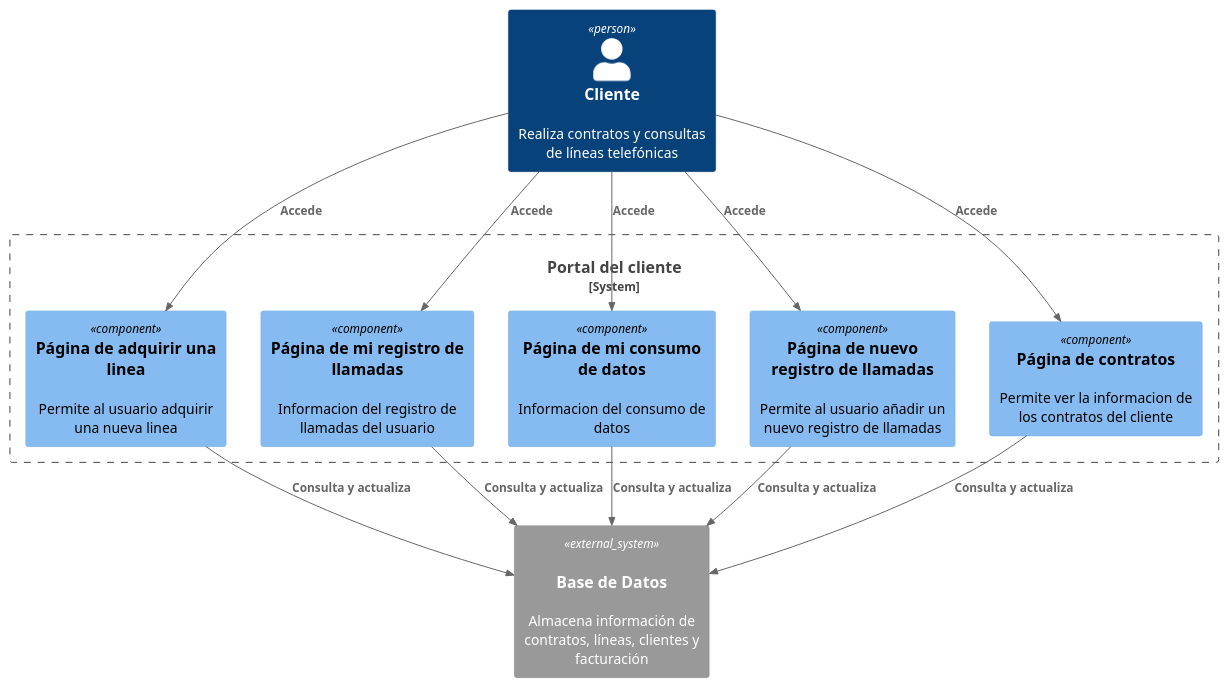
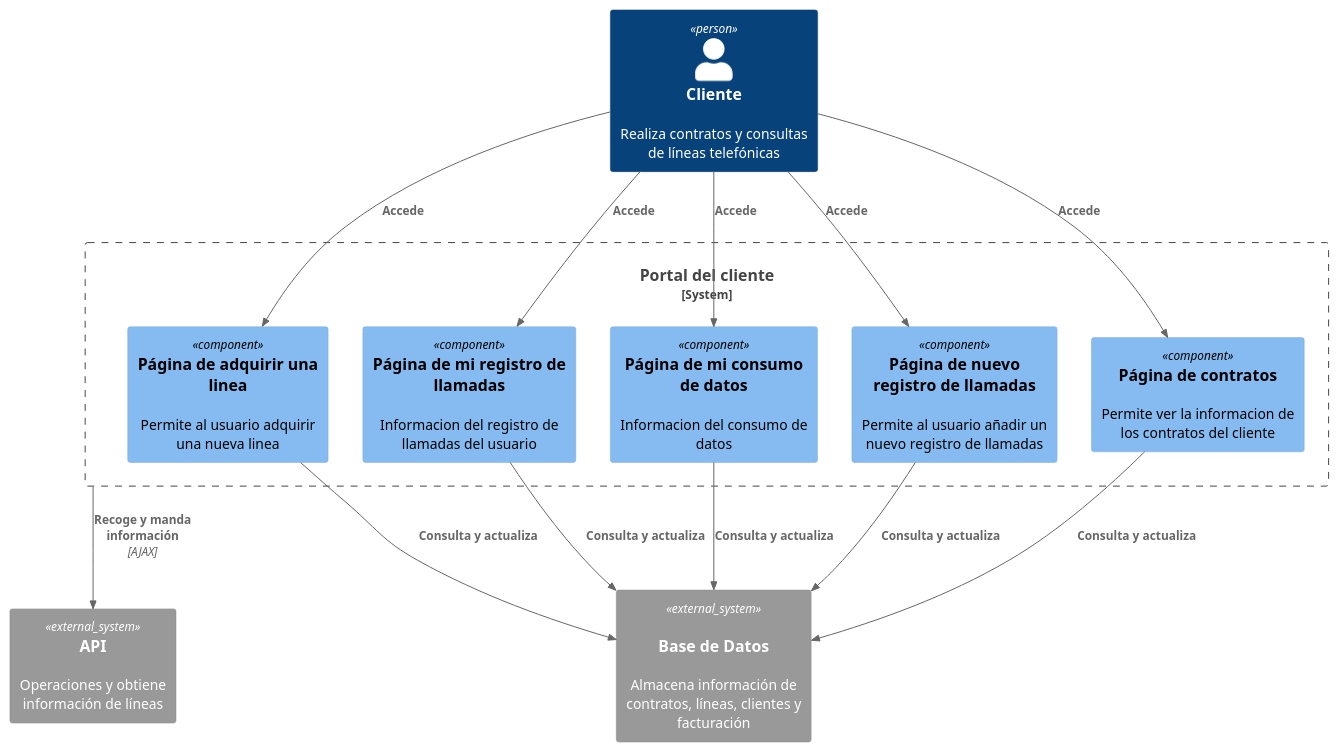
One commit to davidbp10/iw2023-2024-MovilUCA changed the diagram in docs/diagrams/PClienteComponentDiagram.puml. Above: the diagram before and after it, drawn with PlantUML. The commit also changed 19 other files, not shown here.

Commit message:
Mejora de los diagramas C4

```diff
--- a/docs/diagrams/PClienteComponentDiagram.puml
+++ b/docs/diagrams/PClienteComponentDiagram.puml
@@ -1,31 +1,34 @@
 @startuml PClienteComponentDiagram
 !include https://raw.githubusercontent.com/plantuml-stdlib/C4-PlantUML/master/C4_Component.puml
 
 Person(cliente, "Cliente", "Realiza contratos y consultas de líneas telefónicas")
 
-System_Boundary(pf, "Portal del cliente", , "Los clientes pueden adquirir lineas y consultar datos") {
+System_Boundary(pcliente, "Portal del cliente", , "Los clientes pueden adquirir lineas y consultar datos") {
 
     Component( pi, "Página de adquirir una linea", , "Permite al usuario adquirir una nueva linea")
     Component( prll, "Página de mi registro de llamadas", , "Informacion del registro de llamadas del usuario")
     Component( pcd, "Página de mi consumo de datos", , "Informacion del consumo de datos")
     Component( pnrll, "Página de nuevo registro de llamadas", , "Permite al usuario añadir un nuevo registro de llamadas")
     Component( pc, "Página de contratos", , "Permite ver la informacion de los contratos del cliente")
 }
 
 System_Ext(bd, "Base de Datos","Almacena información de contratos, líneas, clientes y facturación", "MySQL")
+System_Ext(api, "API", "Operaciones y obtiene información de líneas")
 
 
 Rel(cliente,pi,"Accede")
 Rel(cliente,prll,"Accede")
 Rel(cliente,pcd,"Accede")
 Rel(cliente,pnrll,"Accede")
 Rel(cliente,pc,"Accede")
+
+Rel(pcliente,api,"Recoge y manda información","AJAX")
 
 Rel(pi, bd, "Consulta y actualiza")
 Rel(prll, bd, "Consulta y actualiza")
 Rel(pcd, bd, "Consulta y actualiza")
 Rel(pnrll, bd, "Consulta y actualiza")
 Rel(pc, bd, "Consulta y actualiza")
 
 
 @enduml
```
